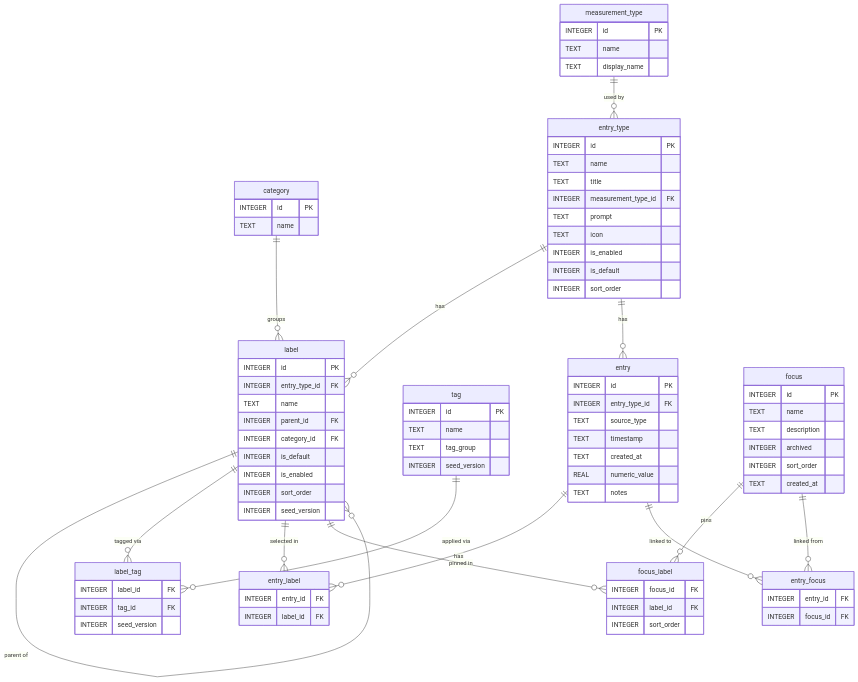
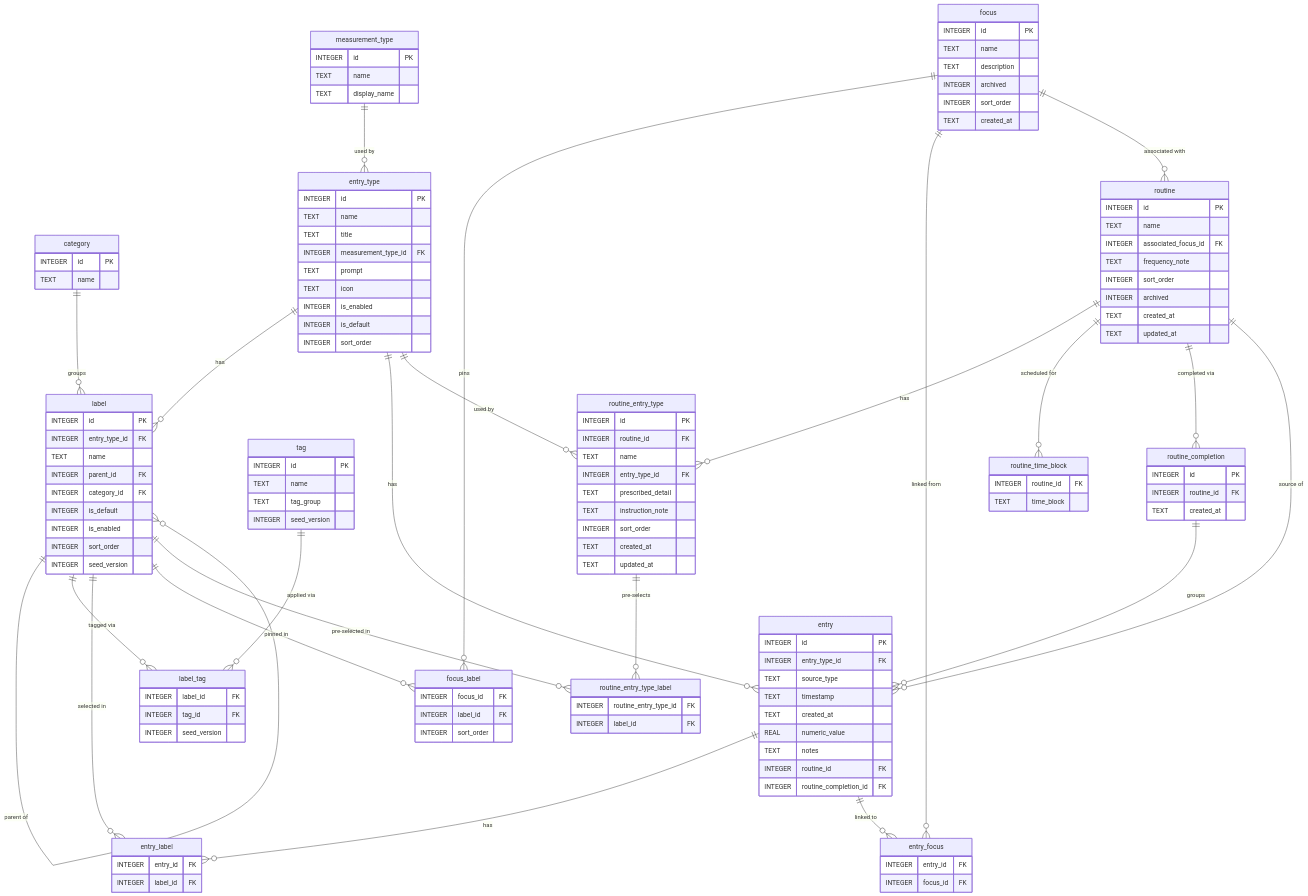
The diagram in docs/data/schema.md (sfrankle/haven-app), drawn with Mermaid before and after one commit. The commit also changed other lines of this file and 7 other files, not shown here.

Commit message:
Schema migration: Routine tables and entry columns (#166)

````diff
--- a/docs/data/schema.md
+++ b/docs/data/schema.md
@@ -60,6 +60,8 @@
         TEXT created_at
         REAL numeric_value
         TEXT notes
+        INTEGER routine_id FK
+        INTEGER routine_completion_id FK
     }
 
     entry_label {
@@ -101,4 +103,53 @@
     label ||--o{ focus_label : "pinned in"
     entry ||--o{ entry_focus : "linked to"
     focus ||--o{ entry_focus : "linked from"
+
+    routine {
+        INTEGER id PK
+        TEXT name
+        INTEGER associated_focus_id FK
+        TEXT frequency_note
+        INTEGER sort_order
+        INTEGER archived
+        TEXT created_at
+        TEXT updated_at
+    }
+
+    routine_entry_type {
+        INTEGER id PK
+        INTEGER routine_id FK
+        TEXT name
+        INTEGER entry_type_id FK
+        TEXT prescribed_detail
+        TEXT instruction_note
+        INTEGER sort_order
+        TEXT created_at
+        TEXT updated_at
+    }
+
+    routine_entry_type_label {
+        INTEGER routine_entry_type_id FK
+        INTEGER label_id FK
+    }
+
+    routine_time_block {
+        INTEGER routine_id FK
+        TEXT time_block
+    }
+
+    routine_completion {
+        INTEGER id PK
+        INTEGER routine_id FK
+        TEXT created_at
+    }
+
+    focus ||--o{ routine : "associated with"
+    entry_type ||--o{ routine_entry_type : "used by"
+    routine ||--o{ routine_entry_type : "has"
+    routine ||--o{ routine_time_block : "scheduled for"
+    routine ||--o{ routine_completion : "completed via"
+    routine_entry_type ||--o{ routine_entry_type_label : "pre-selects"
+    label ||--o{ routine_entry_type_label : "pre-selected in"
+    routine_completion ||--o{ entry : "groups"
+    routine ||--o{ entry : "source of"
 ```
````
